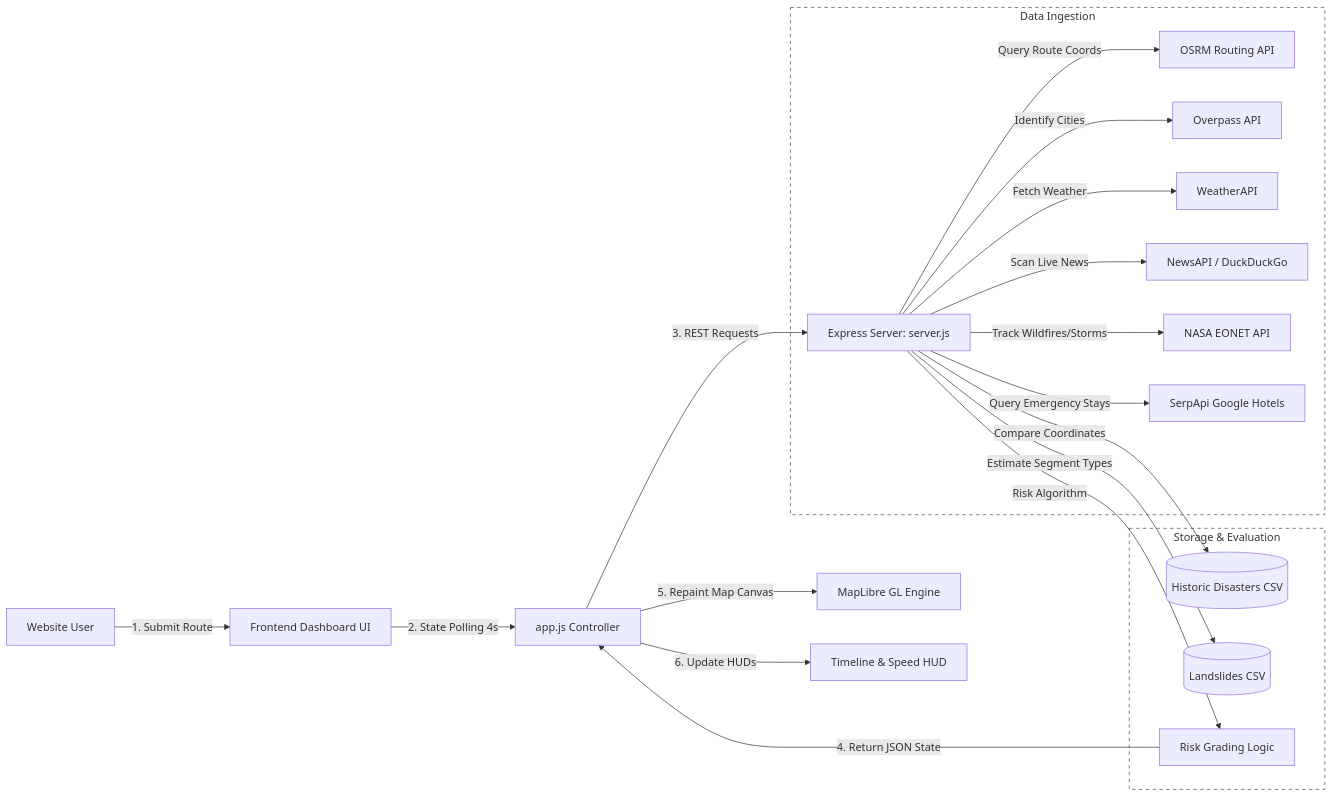
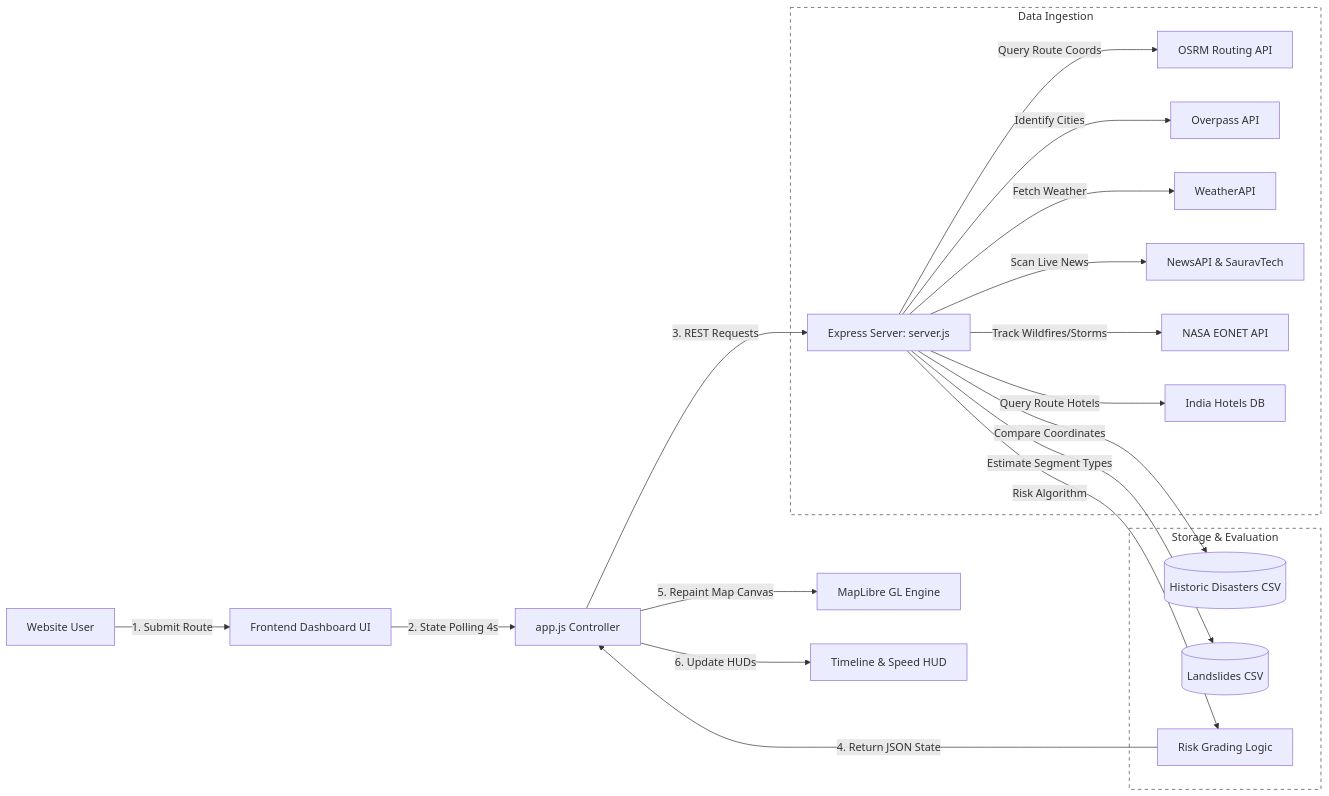
One commit to Varshith10121901/E---horizon-driving-system changed the first of 5 diagrams in README.md. Above: the diagram before and after it, drawn with Mermaid. The commit also changed other lines of this file and 4 other files, not shown here.

Commit message:
Update system architecture diagrams, flow charts, and README to reflect OSRM/Overpass segmentation, India Hotels DB integration, and AbortController stop search

````diff
--- a/README.md
+++ b/README.md
@@ -35,28 +35,28 @@
 ```mermaid
 flowchart LR
     User[Website User] -->|1. Submit Route| UI[Frontend Dashboard UI]
     UI -->|2. State Polling 4s| Controller[app.js Controller]
     Controller -->|3. REST Requests| Backend[Express Server: server.js]
     
     subgraph Ingestion["Data Ingestion"]
         Backend -->|Query Route Coords| OSRM[OSRM Routing API]
         Backend -->|Identify Cities| Overpass[Overpass API]
         Backend -->|Fetch Weather| Weather[WeatherAPI]
-        Backend -->|Scan Live News| News[NewsAPI / DuckDuckGo]
+        Backend -->|Scan Live News| News[NewsAPI & SauravTech]
         Backend -->|Track Wildfires/Storms| NASA[NASA EONET API]
-        Backend -->|Query Emergency Stays| Serp[SerpApi Google Hotels]
+        Backend -->|Query Route Hotels| HotelsDB[India Hotels DB]
     end
     
     subgraph Evaluation["Storage & Evaluation"]
         Backend -->|Compare Coordinates| LocalDisasterCSV[(Historic Disasters CSV)]
         Backend -->|Estimate Segment Types| LandslideCSV[(Landslides CSV)]
         Backend -->|Risk Algorithm| RiskEngine[Risk Grading Logic]
     end
     
     RiskEngine -->|4. Return JSON State| Controller
     Controller -->|5. Repaint Map Canvas| MapCanvas[MapLibre GL Engine]
     Controller -->|6. Update HUDs| HUD[Timeline & Speed HUD]
 
     style Ingestion fill:none,stroke:#444444,stroke-width:1px,stroke-dasharray: 5 5
     style Evaluation fill:none,stroke:#444444,stroke-width:1px,stroke-dasharray: 5 5
 ```
````
